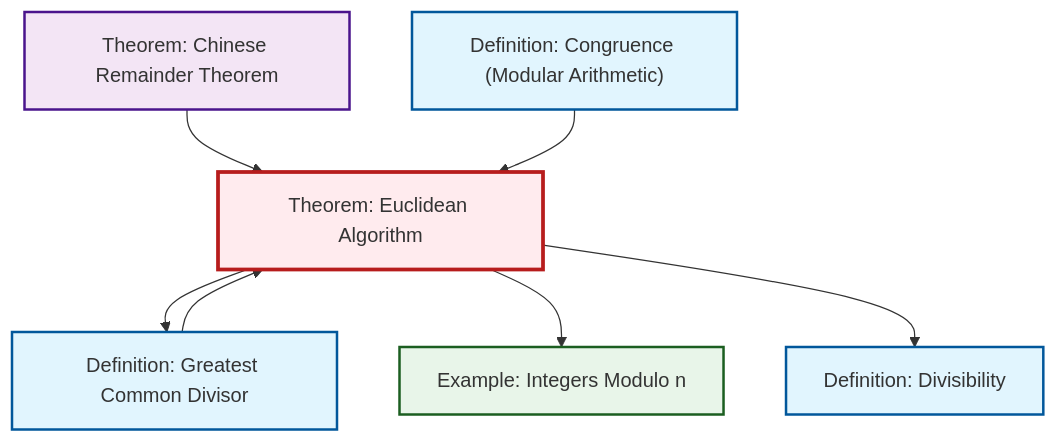
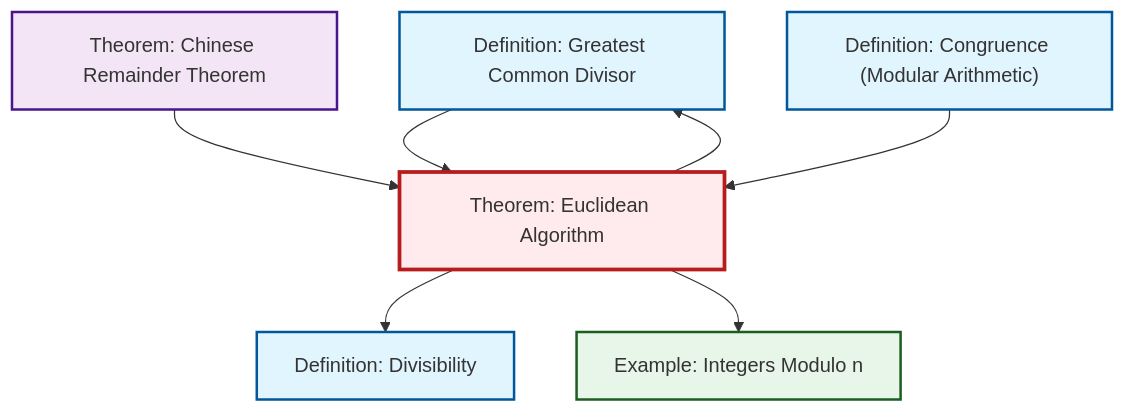
Before and after one commit to RK0429/ModernMath: the second of 2 diagrams in content/en/number-theory/thm-euclidean-algorithm.qmd, drawn with Mermaid. The commit also changed other lines of this file and 597 other files, not shown here.

````diff
--- a/content/en/number-theory/thm-euclidean-algorithm.qmd
+++ b/content/en/number-theory/thm-euclidean-algorithm.qmd
@@ -95,27 +95,27 @@
 ```{mermaid}
 %%| fig-cap: "Local dependency graph"
 graph TD
     classDef definition fill:#e1f5fe,stroke:#01579b,stroke-width:2px
     classDef theorem fill:#f3e5f5,stroke:#4a148c,stroke-width:2px
     classDef axiom fill:#fff3e0,stroke:#e65100,stroke-width:2px
     classDef example fill:#e8f5e9,stroke:#1b5e20,stroke-width:2px
     classDef current fill:#ffebee,stroke:#b71c1c,stroke-width:3px
+    ex-quotient-integers-mod-n["Example: Integers Modulo n"]:::example
+    def-gcd["Definition: Greatest Common Divisor"]:::definition
+    def-congruence["Definition: Congruence (Modular Arithmetic)"]:::definition
+    thm-chinese-remainder["Theorem: Chinese Remainder Theorem"]:::theorem
+    thm-euclidean-algorithm["Theorem: Euclidean Algorithm"]:::theorem
     def-divisibility["Definition: Divisibility"]:::definition
-    thm-euclidean-algorithm["Theorem: Euclidean Algorithm"]:::theorem
-    thm-chinese-remainder["Theorem: Chinese Remainder Theorem"]:::theorem
-    def-congruence["Definition: Congruence (Modular Arithmetic)"]:::definition
-    def-gcd["Definition: Greatest Common Divisor"]:::definition
-    ex-quotient-integers-mod-n["Example: Integers Modulo n"]:::example
+    thm-euclidean-algorithm --> def-divisibility
     def-gcd --> thm-euclidean-algorithm
+    thm-euclidean-algorithm --> def-gcd
     thm-chinese-remainder --> thm-euclidean-algorithm
-    thm-euclidean-algorithm --> def-gcd
     thm-euclidean-algorithm --> ex-quotient-integers-mod-n
     def-congruence --> thm-euclidean-algorithm
-    thm-euclidean-algorithm --> def-divisibility
     class thm-euclidean-algorithm current
+    click ex-quotient-integers-mod-n "ex-quotient-integers-mod-n.html" "Go to Integers Modulo n example"
+    click def-gcd "def-gcd.html" "Go to Greatest Common Divisor definition"
+    click def-congruence "def-congruence.html" "Go to Congruence (Modular Arithmetic) definition"
+    click thm-chinese-remainder "thm-chinese-remainder.html" "Go to Chinese Remainder Theorem theorem"
     click def-divisibility "def-divisibility.html" "Go to Divisibility definition"
-    click thm-chinese-remainder "thm-chinese-remainder.html" "Go to Chinese Remainder Theorem theorem"
-    click def-congruence "def-congruence.html" "Go to Congruence (Modular Arithmetic) definition"
-    click def-gcd "def-gcd.html" "Go to Greatest Common Divisor definition"
-    click ex-quotient-integers-mod-n "ex-quotient-integers-mod-n.html" "Go to Integers Modulo n example"
 ```
````
